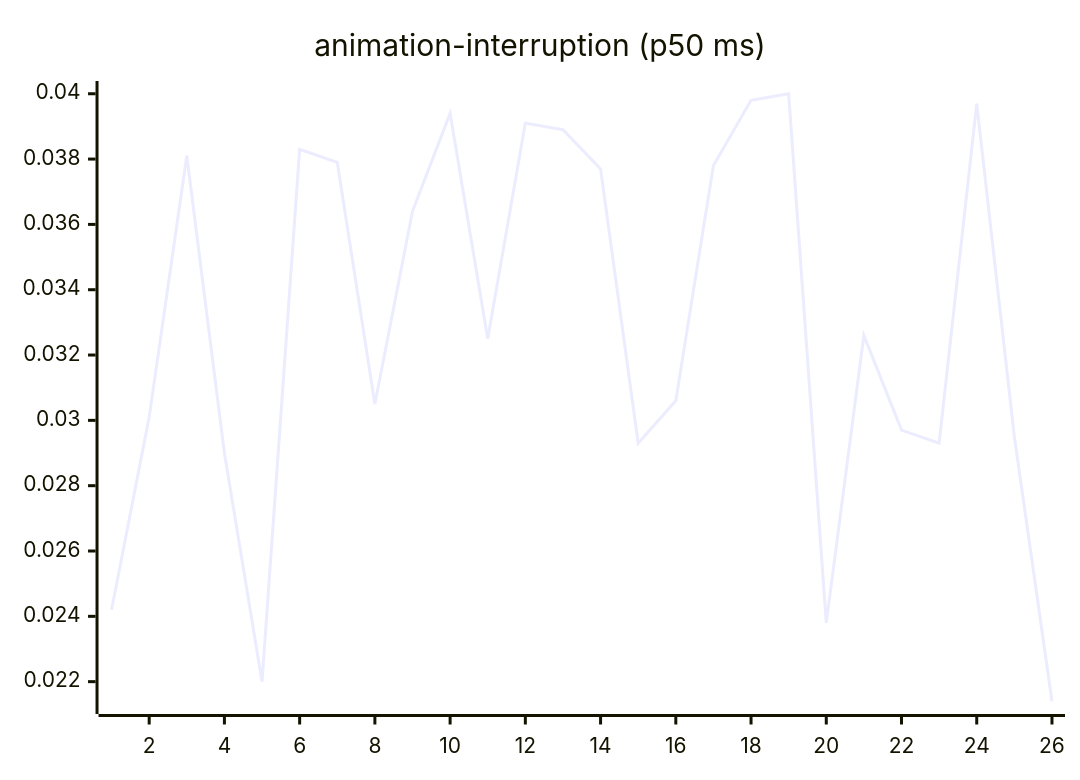
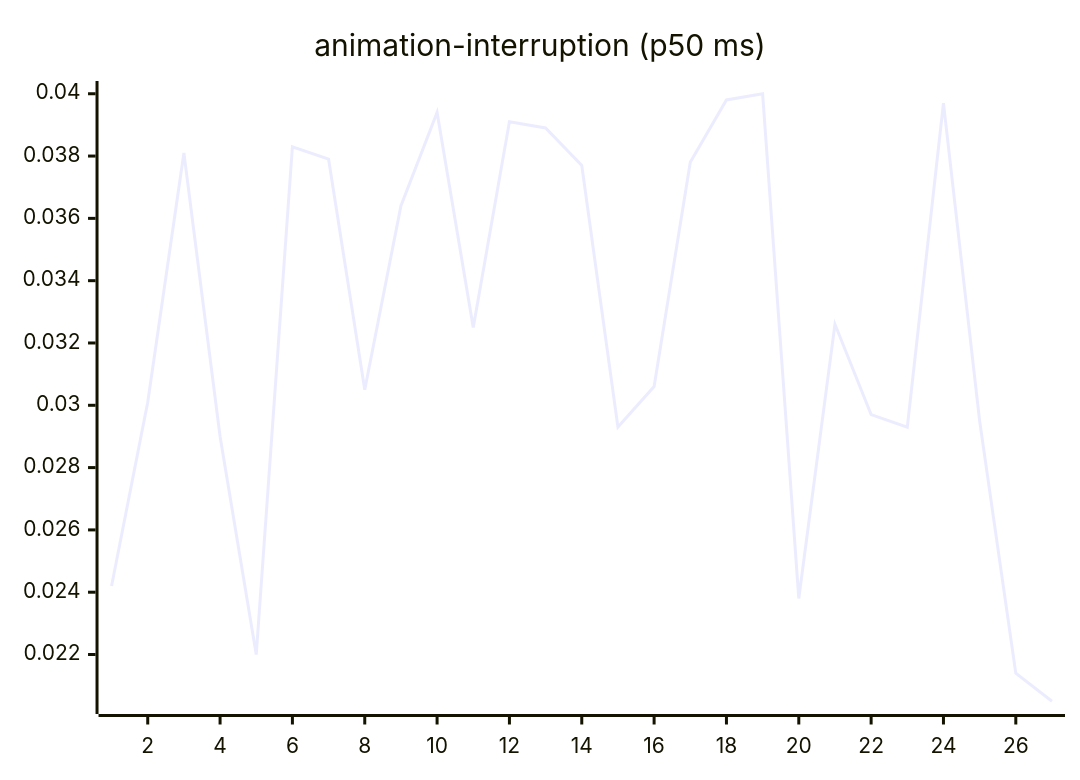
One commit to josha/Facet changed the third of 27 diagrams in README.md. Above: the diagram before and after it, drawn with Mermaid. The commit also changed other lines of this file and 2 other files, not shown here.

````diff
--- a/README.md
+++ b/README.md
@@ -77,6 +77,6 @@
 ```mermaid
 xychart-beta
     title "animation-interruption (p50 ms)"
-    x-axis 1 --> 26
-    line [0.0242, 0.0301, 0.0381, 0.0290, 0.0220, 0.0383, 0.0379, 0.0305, 0.0364, 0.0394, 0.0325, 0.0391, 0.0389, 0.0377, 0.0293, 0.0306, 0.0378, 0.0398, 0.0400, 0.0238, 0.0326, 0.0297, 0.0293, 0.0397, 0.0295, 0.0214]
+    x-axis 1 --> 27
+    line [0.0242, 0.0301, 0.0381, 0.0290, 0.0220, 0.0383, 0.0379, 0.0305, 0.0364, 0.0394, 0.0325, 0.0391, 0.0389, 0.0377, 0.0293, 0.0306, 0.0378, 0.0398, 0.0400, 0.0238, 0.0326, 0.0297, 0.0293, 0.0397, 0.0295, 0.0214, 0.0205]
 ```
````
